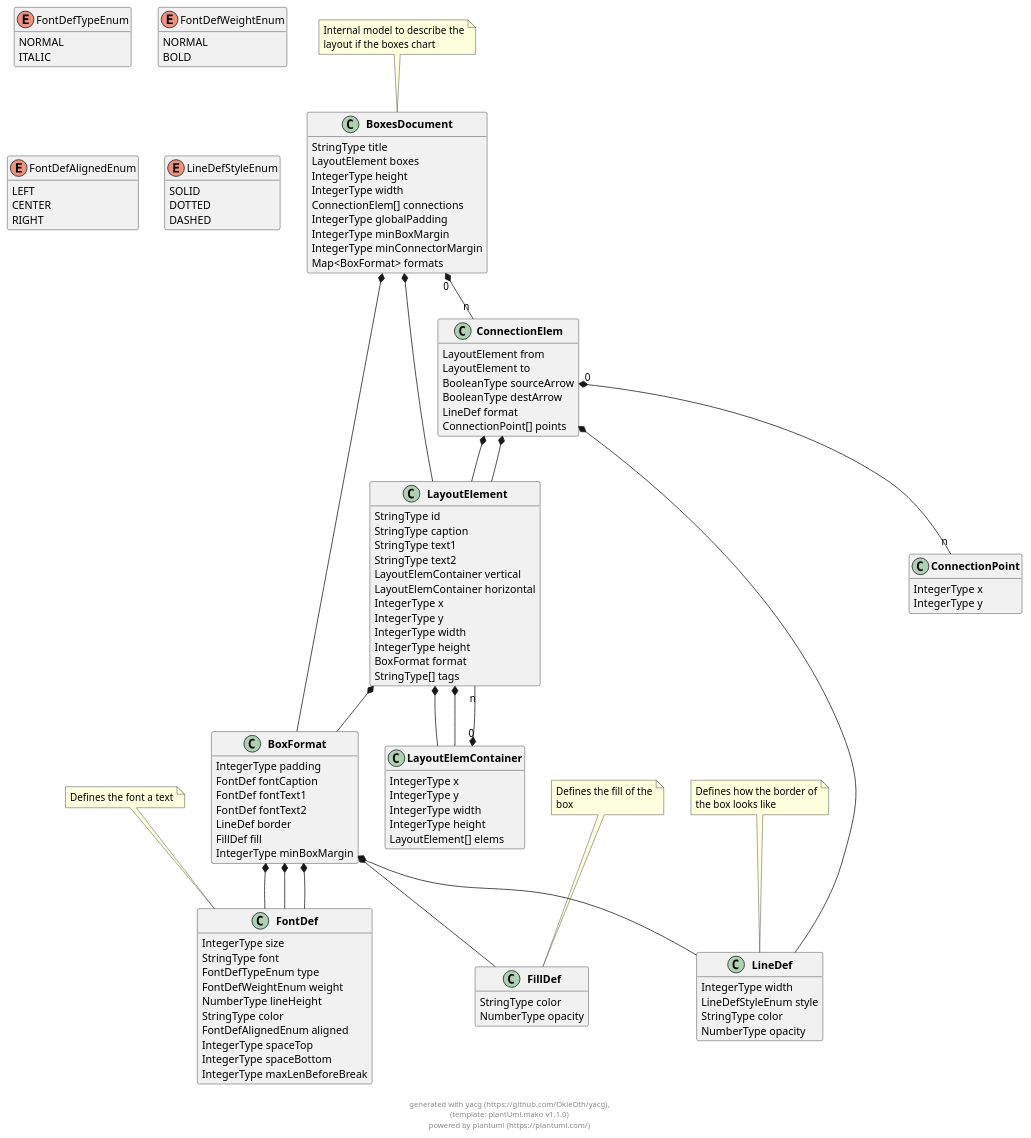
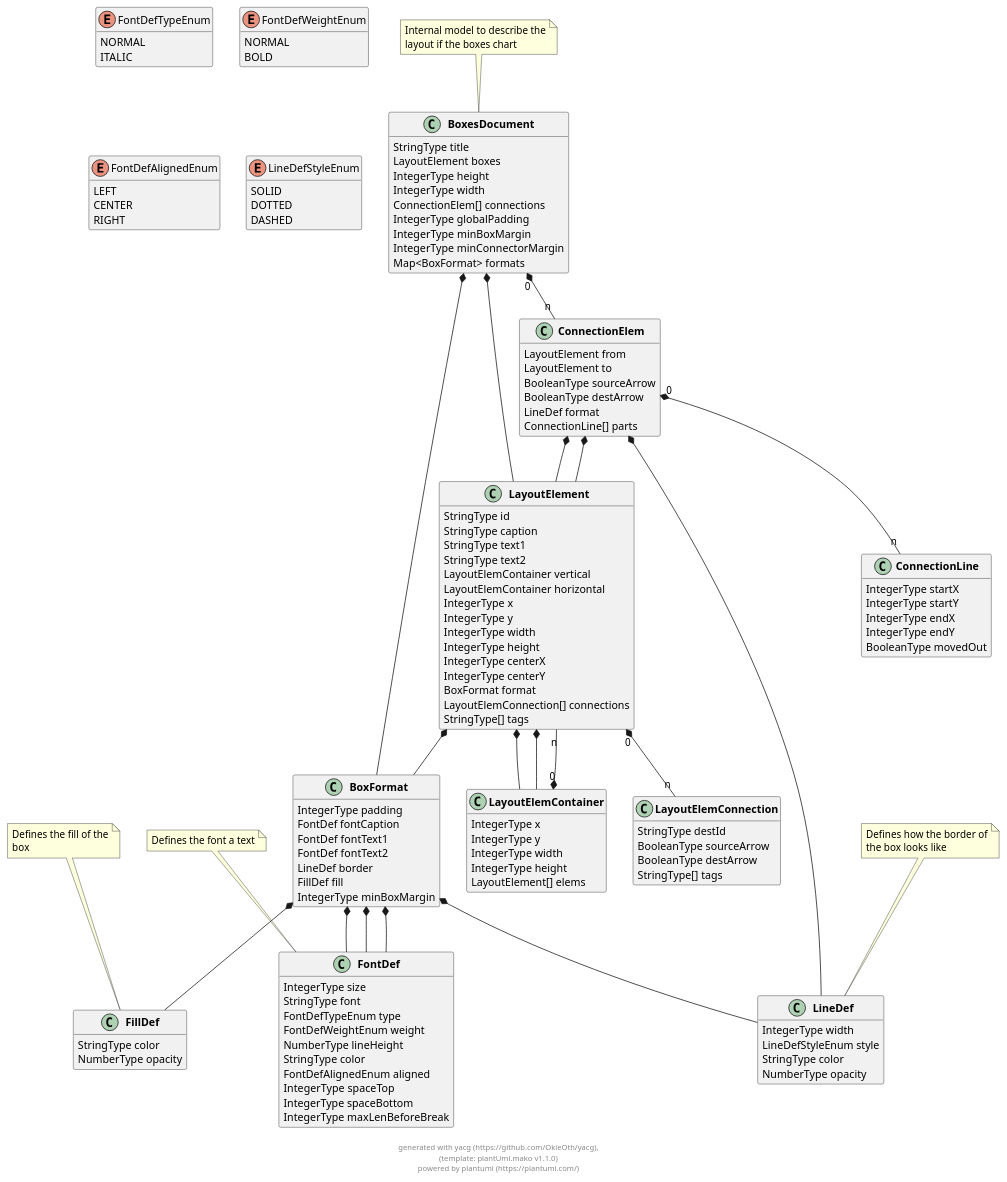
Before and after one commit to OkieOth/draw.chart.things: the diagram in docs/models/puml/boxes_document.puml, drawn with PlantUML. The commit also changed 25 other files, not shown here.

```diff
--- a/docs/models/puml/boxes_document.puml
+++ b/docs/models/puml/boxes_document.puml
@@ -30,7 +30,10 @@
         IntegerType y
         IntegerType width
         IntegerType height
+        IntegerType centerX
+        IntegerType centerY
         BoxFormat format
+        LayoutElemConnection[] connections
         StringType[] tags
 }
 
@@ -42,7 +45,7 @@
         BooleanType sourceArrow
         BooleanType destArrow
         LineDef format
-        ConnectionPoint[] points
+        ConnectionLine[] parts
 }
 
  
@@ -70,9 +73,21 @@
 
  
 
-class "**ConnectionPoint**" as ConnectionPoint {
-        IntegerType x
-        IntegerType y
+class "**LayoutElemConnection**" as LayoutElemConnection {
+        StringType destId
+        BooleanType sourceArrow
+        BooleanType destArrow
+        StringType[] tags
+}
+
+ 
+
+class "**ConnectionLine**" as ConnectionLine {
+        IntegerType startX
+        IntegerType startY
+        IntegerType endX
+        IntegerType endY
+        BooleanType movedOut
 }
 
  
@@ -160,7 +175,11 @@
 
 
 
+
+
 LayoutElement  *--  BoxFormat
+
+LayoutElement "0" *-- "n" LayoutElemConnection
 
 
     
@@ -172,7 +191,7 @@
 
 ConnectionElem  *--  LineDef
 
-ConnectionElem "0" *-- "n" ConnectionPoint
+ConnectionElem "0" *-- "n" ConnectionLine
 
     
     
@@ -196,6 +215,14 @@
 LayoutElemContainer "0" *-- "n" LayoutElement
 
     
+
+
+
+
+    
+
+
+
 
 
     
```
